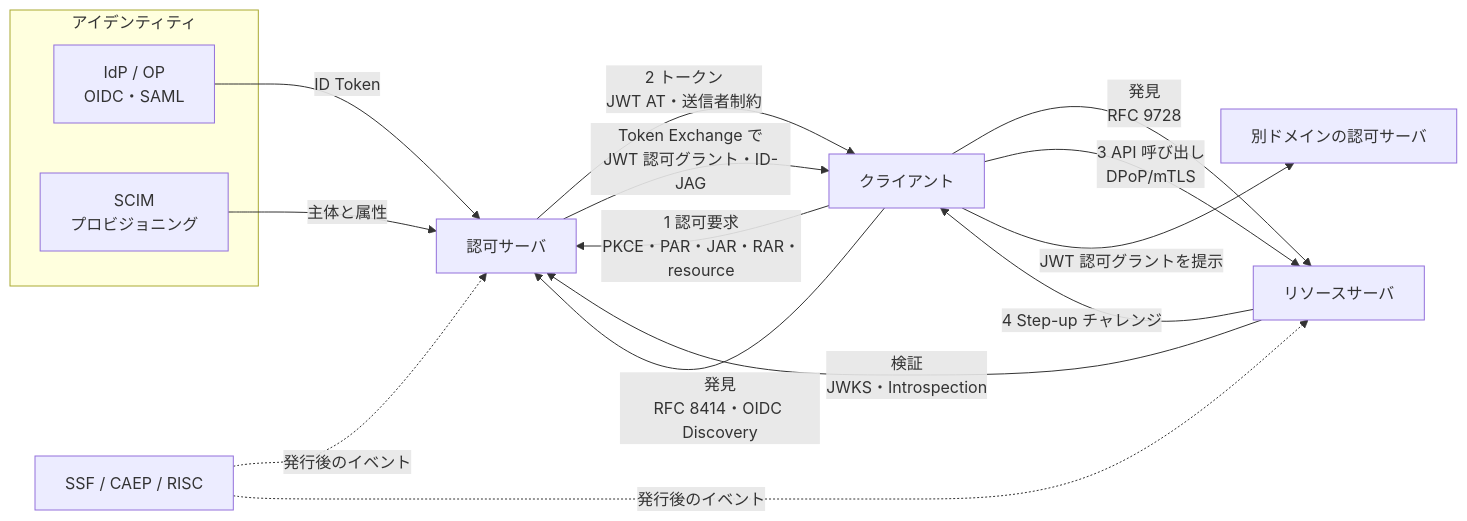
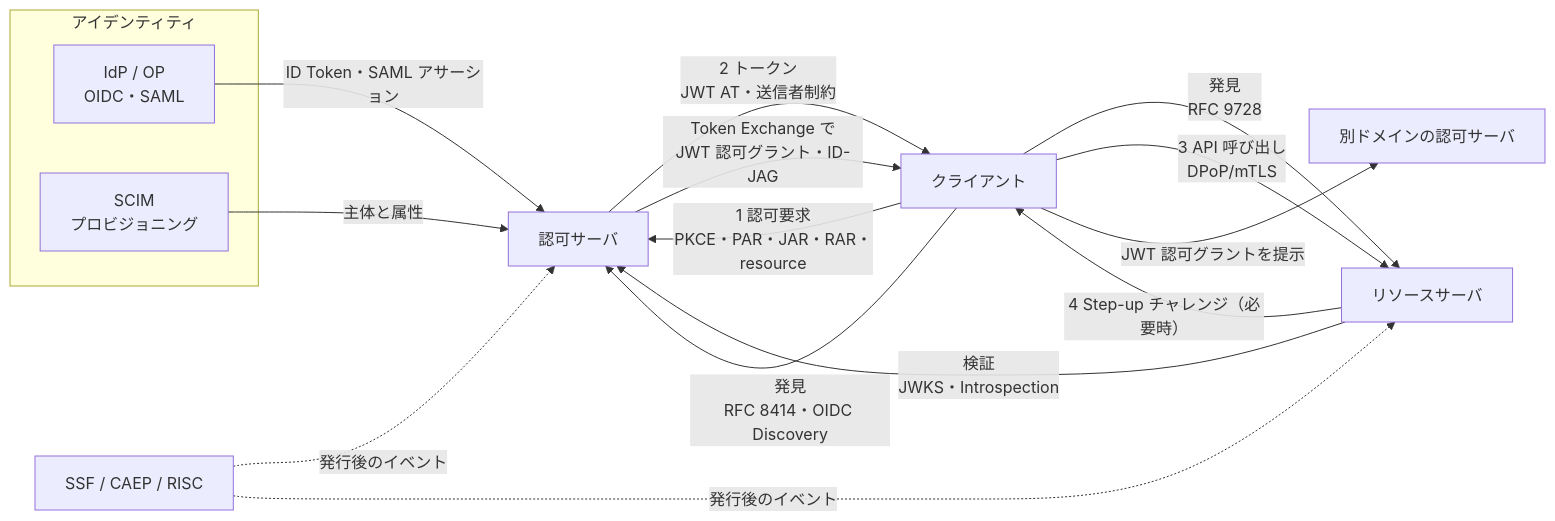
Before and after one commit to bmf-san/bmf-tech: the first of 2 diagrams in content/ja/posts/oauth-standards-map-authorization-platform.md, drawn with Mermaid. The commit also changed other lines of this file and 1 other file, not shown here.

First line of the commit message:
fix: OAuth 関連標準の地図の記事の図・表・まとめを本文と一次資料の条件に合わせる

````diff
--- a/content/ja/posts/oauth-standards-map-authorization-platform.md
+++ b/content/ja/posts/oauth-standards-map-authorization-platform.md
@@ -50,20 +50,20 @@
 ```mermaid
 flowchart LR
   subgraph ID["アイデンティティ"]
     IdP["IdP / OP<br/>OIDC・SAML"]
     SCIM["SCIM<br/>プロビジョニング"]
   end
   C["クライアント"] -- "1 認可要求<br/>PKCE・PAR・JAR・RAR・resource" --> AS["認可サーバ"]
   C -- "発見<br/>RFC 9728" --> RS["リソースサーバ"]
   C -- "発見<br/>RFC 8414・OIDC Discovery" --> AS
   AS -- "2 トークン<br/>JWT AT・送信者制約" --> C
   C -- "3 API 呼び出し<br/>DPoP/mTLS" --> RS
   RS -- "検証<br/>JWKS・Introspection" --> AS
-  RS -- "4 Step-up チャレンジ" --> C
-  IdP -- "ID Token" --> AS
+  RS -- "4 Step-up チャレンジ（必要時）" --> C
+  IdP -- "ID Token・SAML アサーション" --> AS
   SCIM -- "主体と属性" --> AS
   T["SSF / CAEP / RISC"] -. "発行後のイベント" .-> AS
   T -. "発行後のイベント" .-> RS
   AS -- "Token Exchange で<br/>JWT 認可グラント・ID-JAG" --> C
   C -- "JWT 認可グラントを提示" --> AS2["別ドメインの認可サーバ"]
 ```
````
